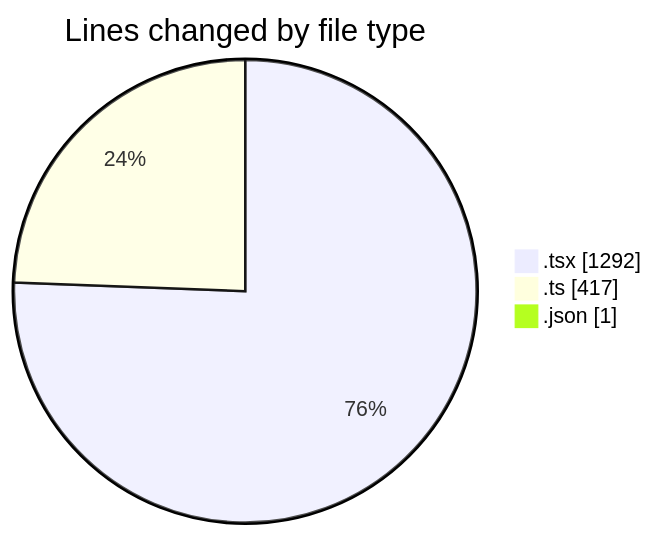
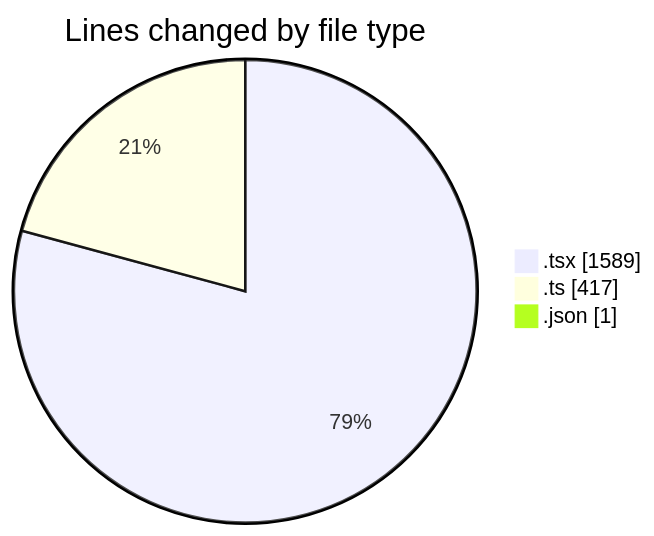
One commit to julien-gomy/code-tracking changed the first of 2 diagrams in 2025-10-08/eventscop-frontend-guide__workspace_/README.md. Above: the diagram before and after it, drawn with Mermaid. The commit also changed other lines of this file and 1 other file, not shown here.

````diff
--- a/2025-10-08/eventscop-frontend-guide__workspace_/README.md
+++ b/2025-10-08/eventscop-frontend-guide__workspace_/README.md
@@ -29,7 +30,7 @@
 ```mermaid
 pie showData
 title Lines changed by file type
-".tsx" : 1292
+".tsx" : 1589
 ".ts" : 417
 ".json" : 1
 ```
````
